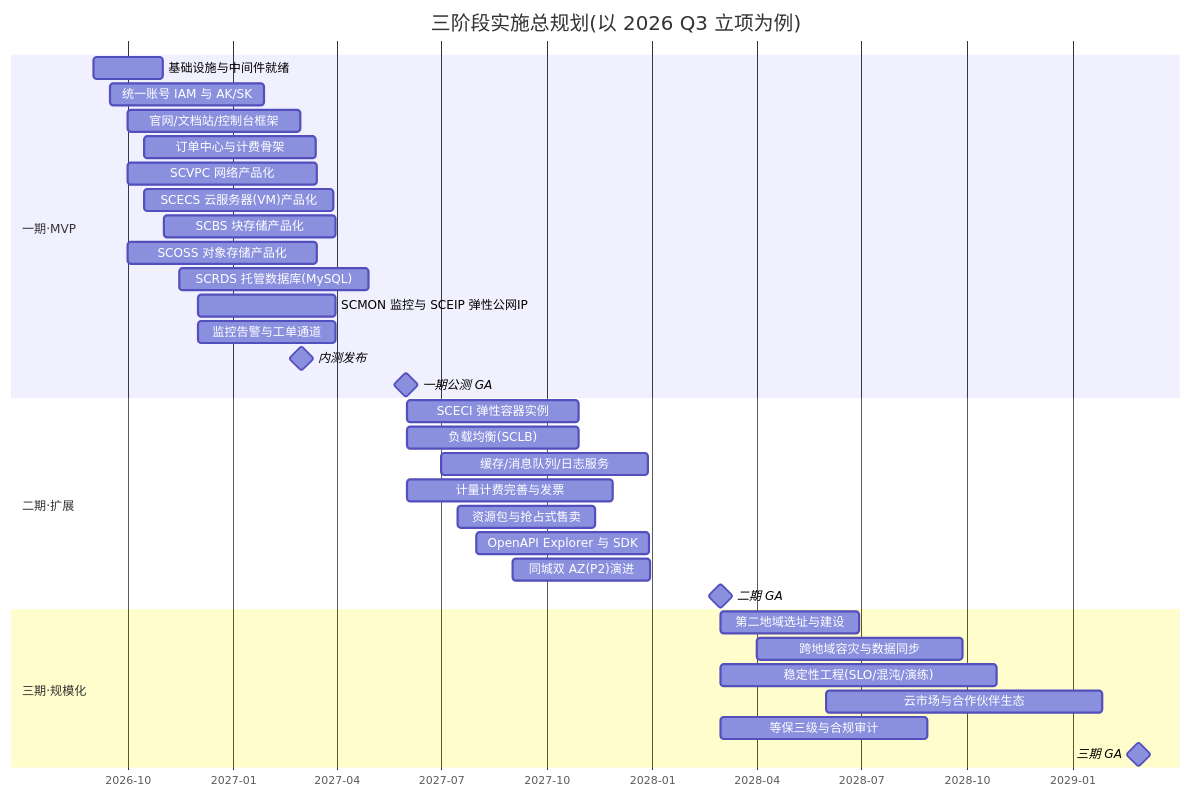
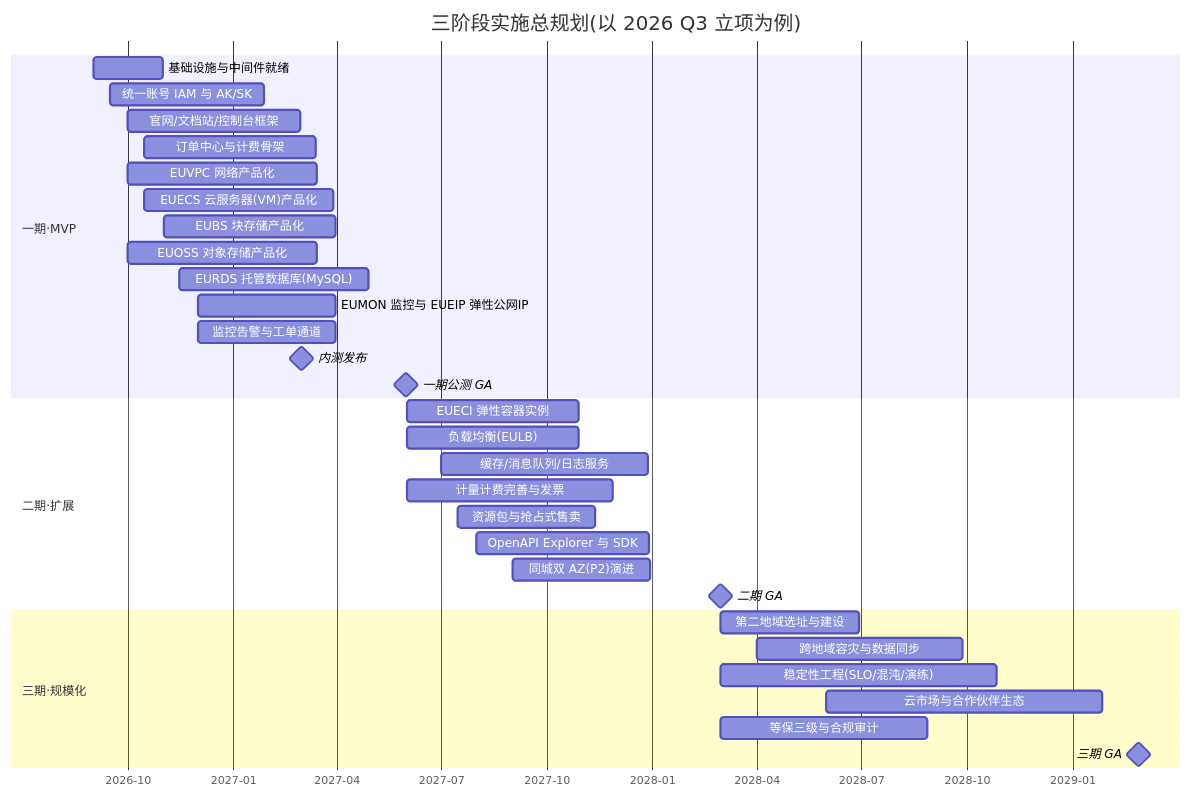
The first of 7 diagrams in docs/architecture/09-roadmap.md (qifalab/euler-platform), drawn with Mermaid before and after one commit. The commit also changed other lines of this file and 505 other files, not shown here.

````diff
--- a/docs/architecture/09-roadmap.md
+++ b/docs/architecture/09-roadmap.md
@@ -64,39 +64,39 @@
 ```mermaid
 gantt
     title 三阶段实施总规划(以 2026 Q3 立项为例)
     dateFormat YYYY-MM-DD
     axisFormat %Y-%m
 
     section 一期·MVP
     基础设施与中间件就绪           : p1a, 2026-09-01, 60d
     统一账号 IAM 与 AK/SK          : p1b, 2026-09-15, 135d
     官网/文档站/控制台框架         : p1c, 2026-10-01, 150d
     订单中心与计费骨架             : p1d, 2026-10-15, 150d
-    SCVPC 网络产品化               : p1n, 2026-10-01, 165d
-    SCECS 云服务器(VM)产品化       : p1e, 2026-10-15, 165d
-    SCBS 块存储产品化              : p1s, 2026-11-01, 150d
-    SCOSS 对象存储产品化           : p1o, 2026-10-01, 165d
-    SCRDS 托管数据库(MySQL)       : p1g, 2026-11-15, 165d
-    SCMON 监控与 SCEIP 弹性公网IP  : p1h, 2026-12-01, 120d
+    EUVPC 网络产品化               : p1n, 2026-10-01, 165d
+    EUECS 云服务器(VM)产品化       : p1e, 2026-10-15, 165d
+    EUBS 块存储产品化              : p1s, 2026-11-01, 150d
+    EUOSS 对象存储产品化           : p1o, 2026-10-01, 165d
+    EURDS 托管数据库(MySQL)       : p1g, 2026-11-15, 165d
+    EUMON 监控与 EUEIP 弹性公网IP  : p1h, 2026-12-01, 120d
     监控告警与工单通道             : p1i, 2026-12-01, 120d
     内测发布                       : milestone, m1, 2027-03-01, 0d
     一期公测 GA                    : milestone, m2, 2027-05-31, 0d
 
     section 二期·扩展
-    SCECI 弹性容器实例             : p2a, 2027-06-01, 150d
-    负载均衡(SCLB)                : p2b, 2027-06-01, 150d
+    EUECI 弹性容器实例             : p2a, 2027-06-01, 150d
+    负载均衡(EULB)                : p2b, 2027-06-01, 150d
     缓存/消息队列/日志服务         : p2d, 2027-07-01, 180d
     计量计费完善与发票             : p2e, 2027-06-01, 180d
     资源包与抢占式售卖             : p2j, 2027-07-15, 120d
     OpenAPI Explorer 与 SDK        : p2f, 2027-08-01, 150d
     同城双 AZ(P2)演进              : p2g, 2027-09-01, 120d
     二期 GA                        : milestone, m3, 2028-03-01, 0d
 
     section 三期·规模化
     第二地域选址与建设             : p3a, 2028-03-01, 120d
     跨地域容灾与数据同步           : p3b, 2028-04-01, 180d
     稳定性工程(SLO/混沌/演练)     : p3c, 2028-03-01, 240d
     云市场与合作伙伴生态           : p3d, 2028-06-01, 240d
     等保三级与合规审计             : p3e, 2028-03-01, 180d
     三期 GA                        : milestone, m4, 2029-02-28, 0d
 ```
````
